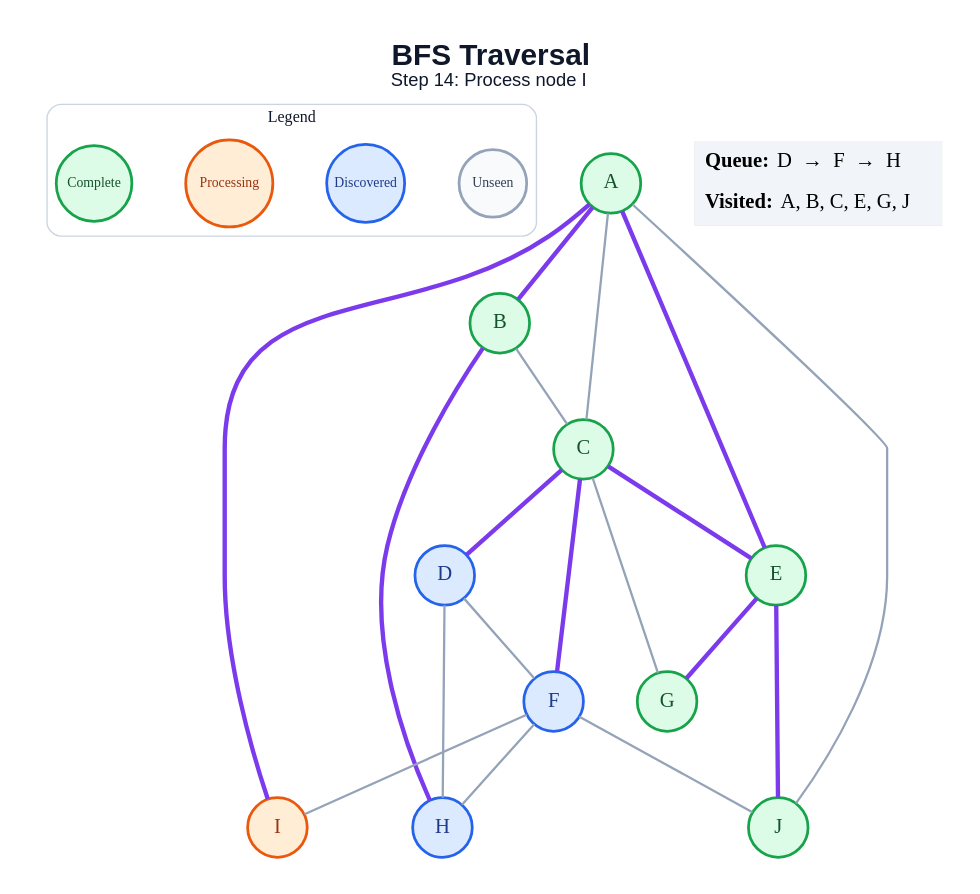
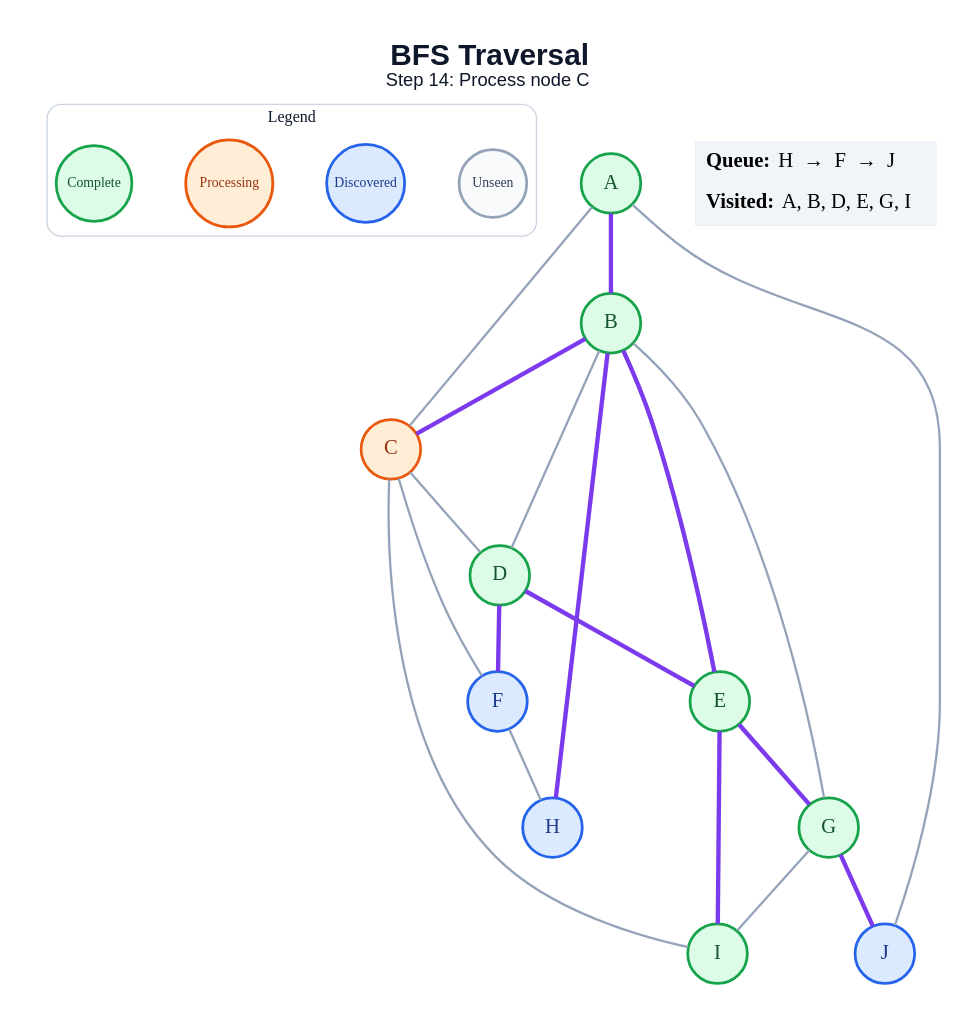
One commit to amanghodawala9/ai-slop changed the diagram in generated/specific-node/bfs/step_14.dot. Above: the diagram before and after it, drawn with Graphviz. The commit also changed 178 other files, not shown here.

```diff
--- a/generated/specific-node/bfs/step_14.dot
+++ b/generated/specific-node/bfs/step_14.dot
@@ -1,47 +1,47 @@
 graph traversal {
   graph [layout=dot, rankdir=TB, bgcolor="#FFFFFF", pad="0.35", nodesep="0.65", ranksep="0.8", fontname="Arial"];
   node [shape=circle, style="filled", fontname="Arial Bold", fontsize=18, width=0.72, fixedsize=true, penwidth=2.4];
   edge [color="#94A3B8", penwidth=2.0];
-  label=<<B>BFS Traversal</B><BR/><FONT POINT-SIZE="16">Step 14: Process node I</FONT>>; labelloc="t"; fontsize=26; fontname="Arial"; fontcolor="#0F172A";
+  label=<<B>BFS Traversal</B><BR/><FONT POINT-SIZE="16">Step 14: Process node C</FONT>>; labelloc="t"; fontsize=26; fontname="Arial"; fontcolor="#0F172A";
   subgraph cluster_legend { label="Legend"; color="#CBD5E1"; penwidth=1.2; style="rounded"; fontsize=14; fontname="Arial Bold";
     key_unseen [label="Unseen", fillcolor="#F8FAFC", color="#94A3B8", fontcolor="#334155", fontsize=12, width=0.82];
     key_frontier [label="Discovered", fillcolor="#DBEAFE", color="#2563EB", fontcolor="#1E3A8A", fontsize=12, width=0.95];
     key_current [label="Processing", fillcolor="#FFEDD5", color="#EA580C", fontcolor="#9A3412", fontsize=12, width=1.05];
     key_done [label="Complete", fillcolor="#DCFCE7", color="#16A34A", fontcolor="#14532D", fontsize=12, width=0.92];
     { rank=same; key_unseen; key_frontier; key_current; key_done; }
   }
   A [fillcolor="#DCFCE7", color="#16A34A", fontcolor="#14532D"];
   B [fillcolor="#DCFCE7", color="#16A34A", fontcolor="#14532D"];
-  C [fillcolor="#DCFCE7", color="#16A34A", fontcolor="#14532D"];
-  D [fillcolor="#DBEAFE", color="#2563EB", fontcolor="#1E3A8A"];
+  C [fillcolor="#FFEDD5", color="#EA580C", fontcolor="#9A3412"];
+  D [fillcolor="#DCFCE7", color="#16A34A", fontcolor="#14532D"];
   E [fillcolor="#DCFCE7", color="#16A34A", fontcolor="#14532D"];
   F [fillcolor="#DBEAFE", color="#2563EB", fontcolor="#1E3A8A"];
   G [fillcolor="#DCFCE7", color="#16A34A", fontcolor="#14532D"];
   H [fillcolor="#DBEAFE", color="#2563EB", fontcolor="#1E3A8A"];
-  I [fillcolor="#FFEDD5", color="#EA580C", fontcolor="#9A3412"];
-  J [fillcolor="#DCFCE7", color="#16A34A", fontcolor="#14532D"];
+  I [fillcolor="#DCFCE7", color="#16A34A", fontcolor="#14532D"];
+  J [fillcolor="#DBEAFE", color="#2563EB", fontcolor="#1E3A8A"];
   A -- B [color="#7C3AED", penwidth=3.8];
   A -- C;
-  A -- E [color="#7C3AED", penwidth=3.8];
-  A -- I [color="#7C3AED", penwidth=3.8];
   A -- J;
-  B -- C;
+  B -- C [color="#7C3AED", penwidth=3.8];
+  B -- D;
+  B -- E [color="#7C3AED", penwidth=3.8];
+  B -- G;
   B -- H [color="#7C3AED", penwidth=3.8];
-  C -- D [color="#7C3AED", penwidth=3.8];
-  C -- E [color="#7C3AED", penwidth=3.8];
-  C -- F [color="#7C3AED", penwidth=3.8];
-  C -- G;
-  D -- F;
-  D -- H;
+  C -- D;
+  C -- F;
+  C -- I;
+  D -- E [color="#7C3AED", penwidth=3.8];
+  D -- F [color="#7C3AED", penwidth=3.8];
   E -- G [color="#7C3AED", penwidth=3.8];
-  E -- J [color="#7C3AED", penwidth=3.8];
+  E -- I [color="#7C3AED", penwidth=3.8];
   F -- H;
-  F -- I;
-  F -- J;
+  G -- I;
+  G -- J [color="#7C3AED", penwidth=3.8];
   status [shape=plain, fixedsize=false, width=0, height=0, margin=0, label=<
     <TABLE BORDER="0" CELLBORDER="0" CELLPADDING="7" BGCOLOR="#F1F5F9">
-      <TR><TD ALIGN="LEFT"><B>Queue:</B> D  →  F  →  H</TD></TR>
-      <TR><TD ALIGN="LEFT"><B>Visited:</B> A, B, C, E, G, J</TD></TR>
+      <TR><TD ALIGN="LEFT"><B>Queue:</B> H  →  F  →  J</TD></TR>
+      <TR><TD ALIGN="LEFT"><B>Visited:</B> A, B, D, E, G, I</TD></TR>
     </TABLE>
   >];
 }
```
